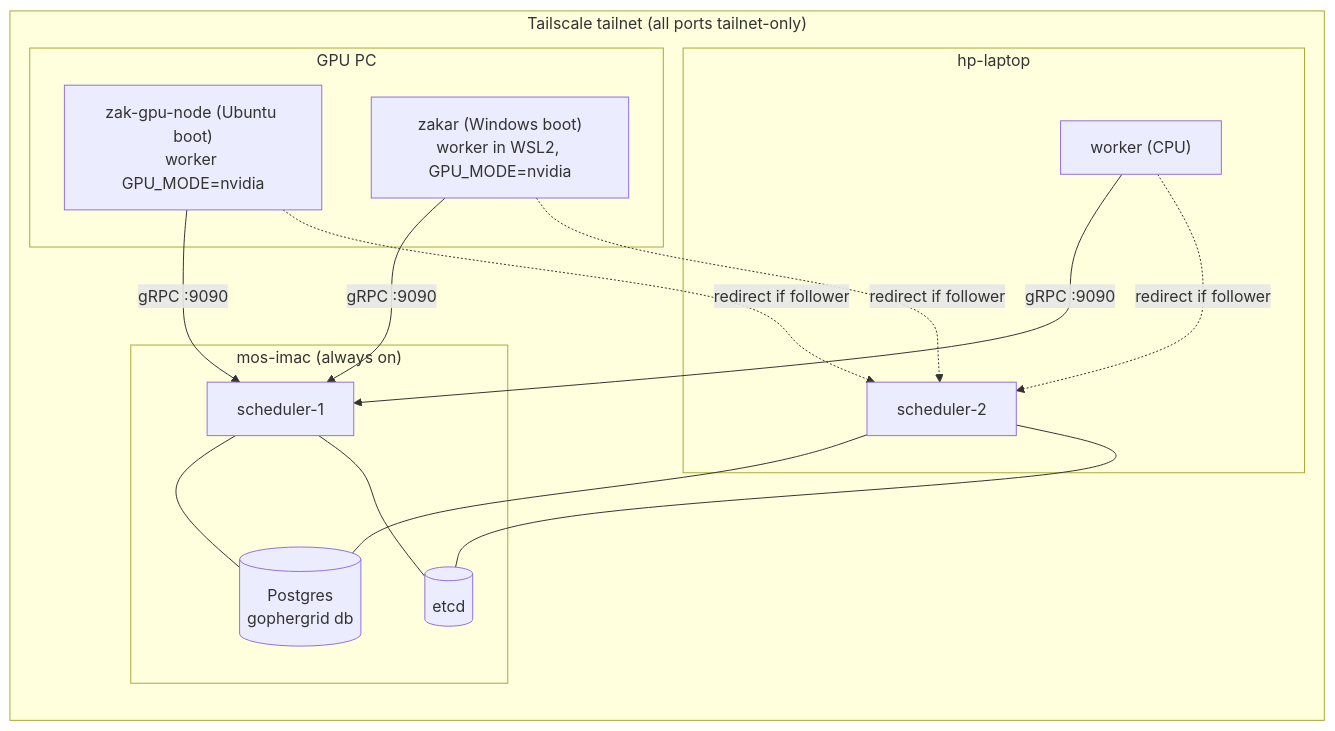
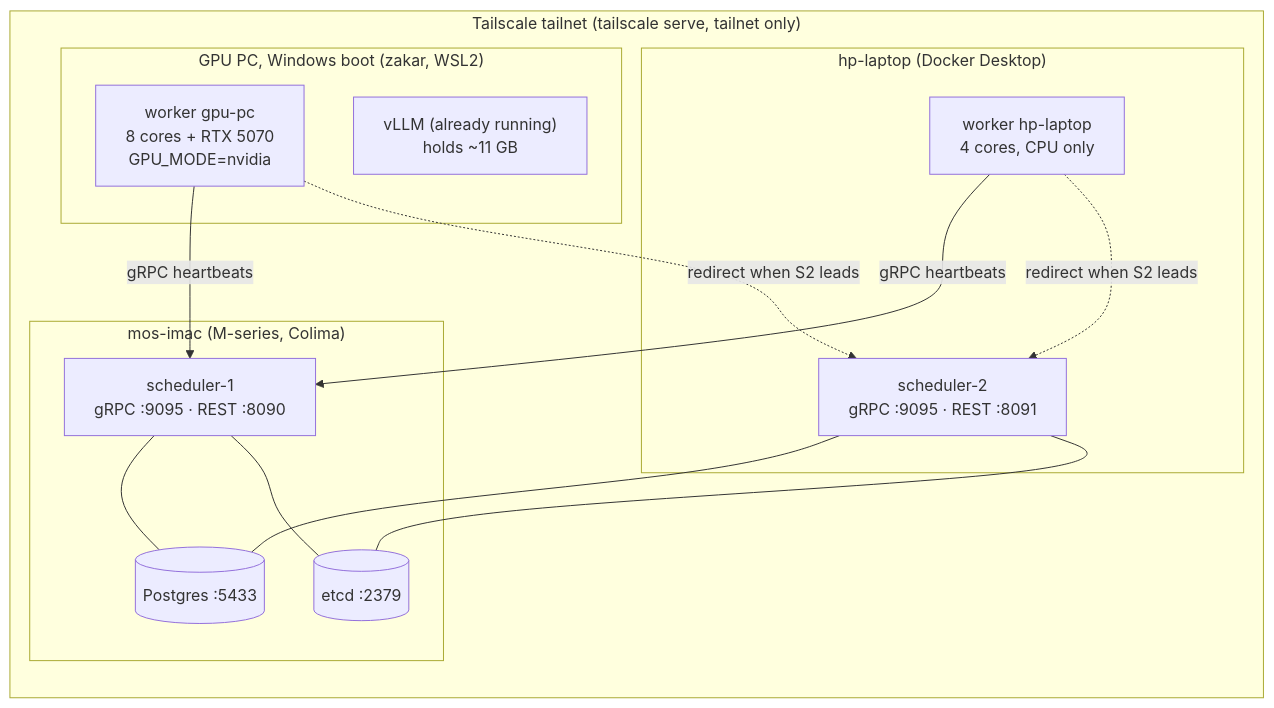
The diagram in docs/homelab.md (zakiscoding/gophergrid), drawn with Mermaid before and after one commit. The commit also changed other lines of this file and 12 other files, not shown here.

````diff
--- a/docs/homelab.md
+++ b/docs/homelab.md
@@ -14,21 +14,21 @@
 ```mermaid
 flowchart LR
-    subgraph T["Tailscale tailnet (all ports tailnet-only)"]
-        subgraph I["mos-imac (always on)"]
-            PG[("Postgres<br/>gophergrid db")]
-            ET[("etcd")]
-            S1["scheduler-1"]
+    subgraph T["Tailscale tailnet (tailscale serve, tailnet only)"]
+        subgraph I["mos-imac (M-series, Colima)"]
+            PG[("Postgres :5433")]
+            ET[("etcd :2379")]
+            S1["scheduler-1<br/>gRPC :9095 · REST :8090"]
         end
-        subgraph L["hp-laptop"]
-            S2["scheduler-2"]
-            WL["worker (CPU)"]
+        subgraph L["hp-laptop (Docker Desktop)"]
+            S2["scheduler-2<br/>gRPC :9095 · REST :8091"]
+            WL["worker hp-laptop<br/>4 cores, CPU only"]
         end
-        subgraph G["GPU PC"]
-            GU["zak-gpu-node (Ubuntu boot)<br/>worker GPU_MODE=nvidia"]
-            GW["zakar (Windows boot)<br/>worker in WSL2, GPU_MODE=nvidia"]
+        subgraph G["GPU PC, Windows boot (zakar, WSL2)"]
+            GW["worker gpu-pc<br/>8 cores + RTX 5070<br/>GPU_MODE=nvidia"]
+            V["vLLM (already running)<br/>holds ~11 GB"]
         end
     end
     S1 & S2 --- PG & ET
-    WL & GU & GW -- "gRPC :9090" --> S1
-    WL & GU & GW -. "redirect if follower" .-> S2
+    WL & GW -- "gRPC heartbeats" --> S1
+    WL & GW -. "redirect when S2 leads" .-> S2
 ```
````
